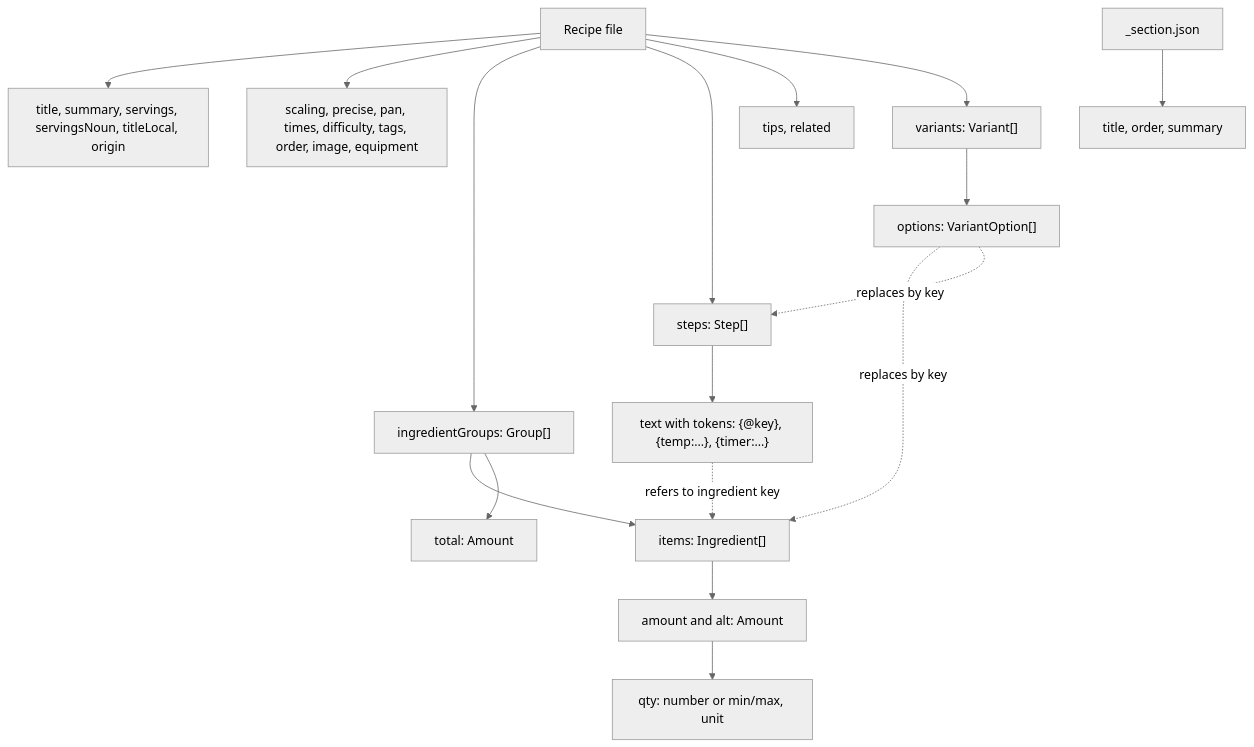
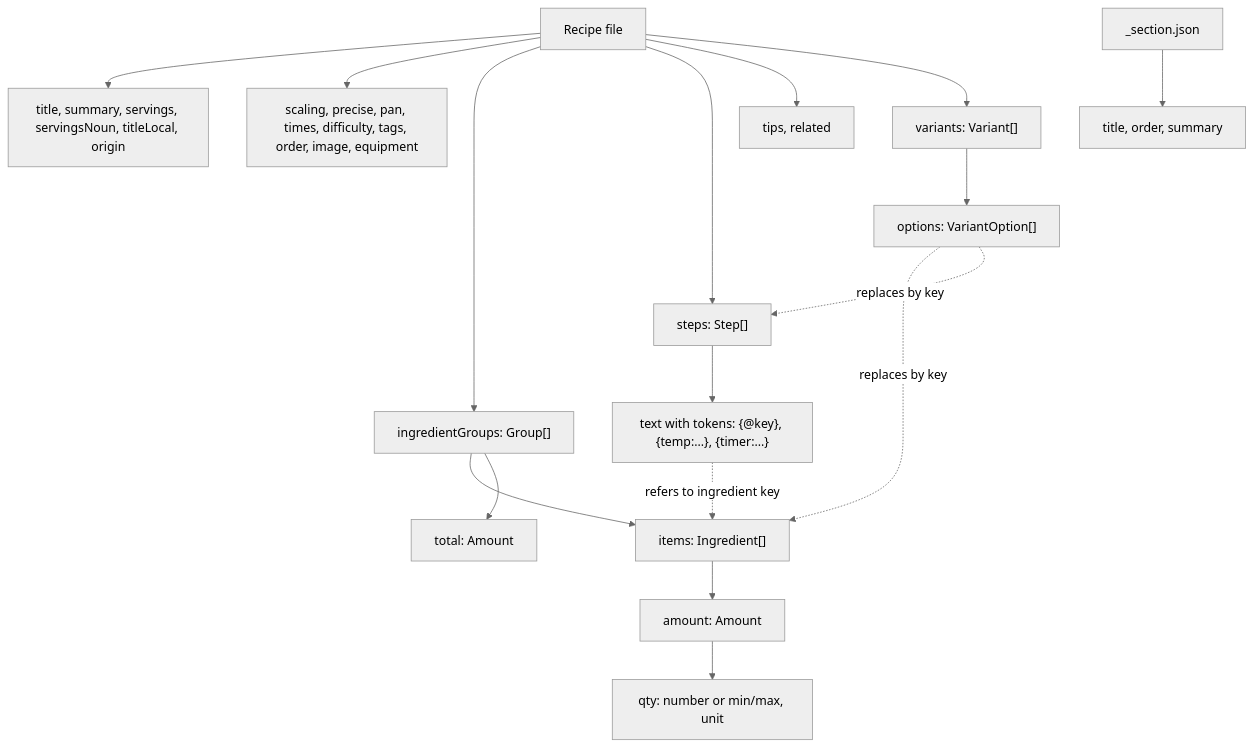
The diagram in docs/RECIPE_FORMAT.md (Expo39/My_Cookbook), drawn with Mermaid (neutral theme) before and after one commit. The commit also changed other lines of this file and 17 other files, not shown here.

````diff
--- a/docs/RECIPE_FORMAT.md
+++ b/docs/RECIPE_FORMAT.md
@@ -22,19 +22,19 @@
 ```mermaid
 flowchart TB
     recipe["Recipe file"] --> meta["title, summary, servings, servingsNoun, titleLocal, origin"]
     recipe --> opts["scaling, precise, pan, times, difficulty, tags, order, image, equipment"]
     recipe --> groups["ingredientGroups: Group[]"]
     recipe --> steps["steps: Step[]"]
     recipe --> extra["tips, related"]
     recipe --> variants["variants: Variant[]"]
     groups --> ing["items: Ingredient[]"]
     groups --> total["total: Amount"]
-    ing --> amount["amount and alt: Amount"]
+    ing --> amount["amount: Amount"]
     amount --> qty["qty: number or min/max, unit"]
     steps --> tokens["text with tokens: {@key}, {temp:...}, {timer:...}"]
     tokens -. "refers to ingredient key" .-> ing
     variants --> options["options: VariantOption[]"]
     options -. "replaces by key" .-> ing
     options -. "replaces by key" .-> steps
     section["_section.json"] --> sfields["title, order, summary"]
 ```
````
